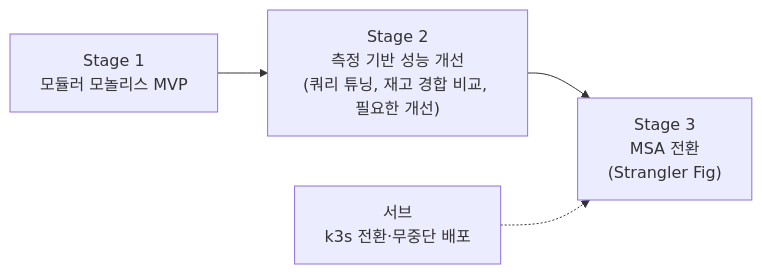
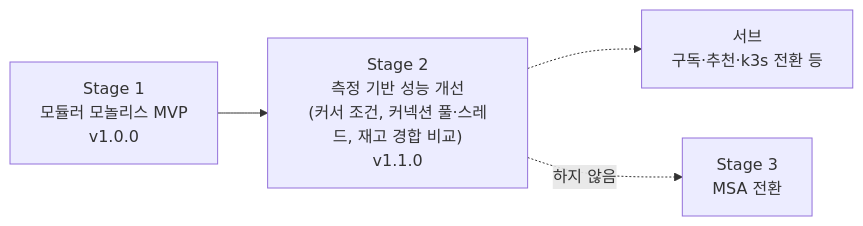
Before and after one commit to 95twan/myroutine-v2: the diagram in docs/02-design/01-architecture-evolution.md, drawn with Mermaid. The commit also changed other lines of this file and 7 other files, not shown here.

````diff
--- a/docs/02-design/01-architecture-evolution.md
+++ b/docs/02-design/01-architecture-evolution.md
@@ -6,6 +6,6 @@
 ```mermaid
 flowchart LR
-  S1["Stage 1<br/>모듈러 모놀리스 MVP"] --> S2["Stage 2<br/>측정 기반 성능 개선<br/>(쿼리 튜닝, 재고 경합 비교, 필요한 개선)"]
-  S2 --> S3["Stage 3<br/>MSA 전환<br/>(Strangler Fig)"]
-  K["서브<br/>k3s 전환·무중단 배포"] -.-> S3
+  S1["Stage 1<br/>모듈러 모놀리스 MVP<br/>v1.0.0"] --> S2["Stage 2<br/>측정 기반 성능 개선<br/>(커서 조건, 커넥션 풀·스레드, 재고 경합 비교)<br/>v1.1.0"]
+  S2 -.-> SUB["서브<br/>구독·추천·k3s 전환 등"]
+  S2 -. 하지 않음 .-> S3["Stage 3<br/>MSA 전환"]
 ```
````
